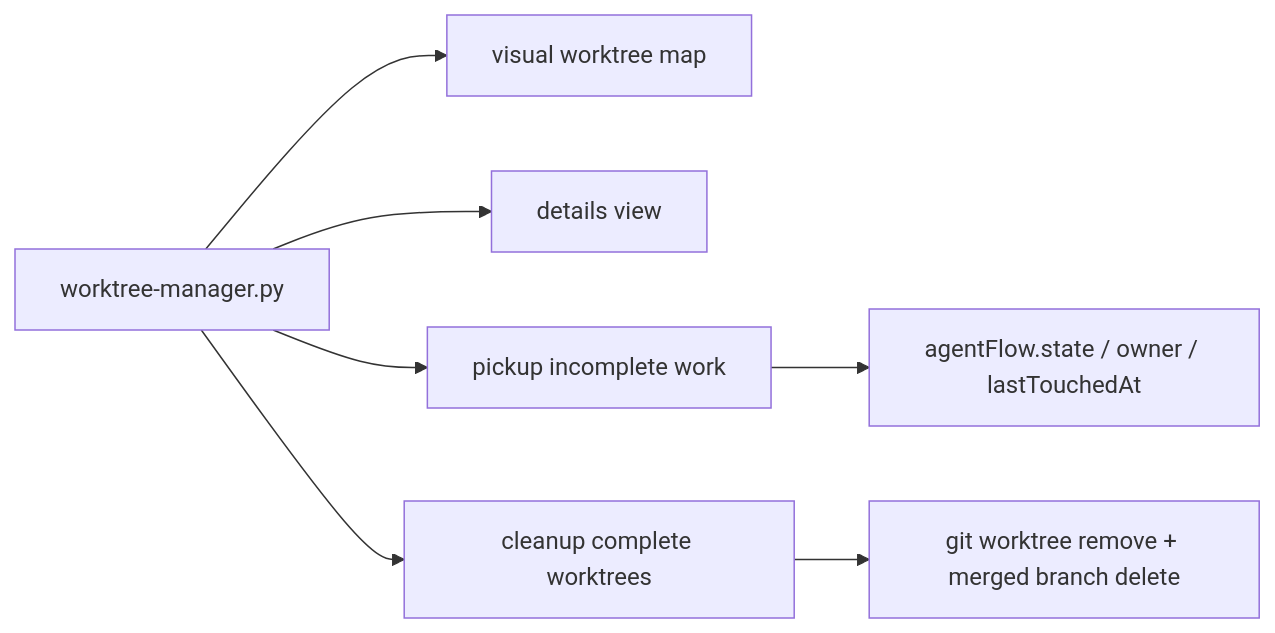
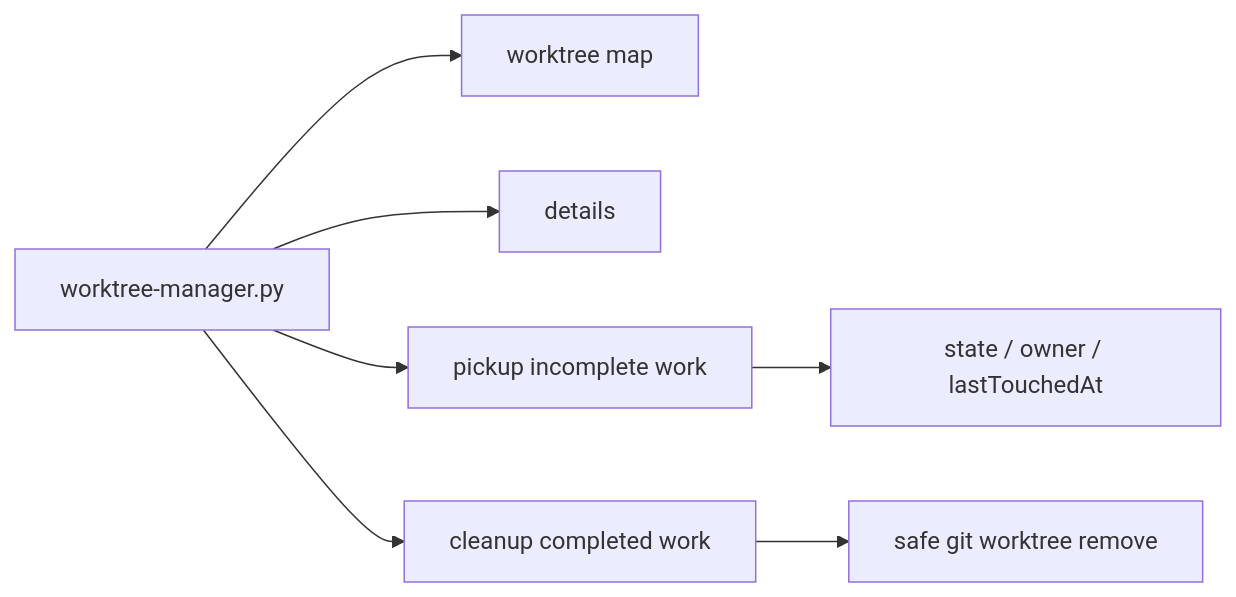
Before and after one commit to miketaheny/codex-setup: the fourth of 4 diagrams in docs/ARCHITECTURE.md, drawn with Mermaid. The commit also changed other lines of this file and 48 other files, not shown here.

Commit message:
chore: af simplify flow

````diff
--- a/docs/ARCHITECTURE.md
+++ b/docs/ARCHITECTURE.md
@@ -129,9 +81,9 @@
 ```mermaid
 flowchart LR
-    Manager["worktree-manager.py"] --> Map["visual worktree map"]
-    Manager --> Details["details view"]
+    Manager["worktree-manager.py"] --> Map["worktree map"]
+    Manager --> Details["details"]
     Manager --> Pickup["pickup incomplete work"]
-    Manager --> Cleanup["cleanup complete worktrees"]
-    Pickup --> Metadata["agentFlow.state / owner / lastTouchedAt"]
-    Cleanup --> Remove["git worktree remove + merged branch delete"]
+    Manager --> Cleanup["cleanup completed work"]
+    Pickup --> Metadata["state / owner / lastTouchedAt"]
+    Cleanup --> Remove["safe git worktree remove"]
 ```
````
